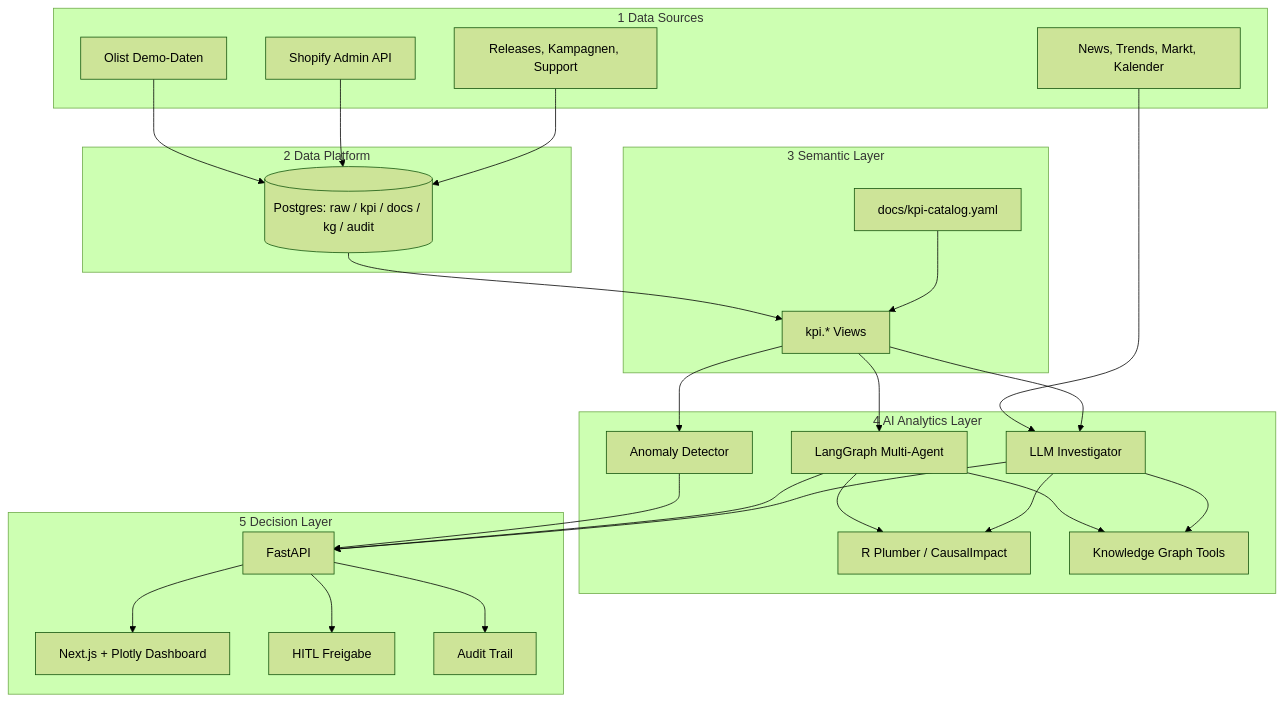
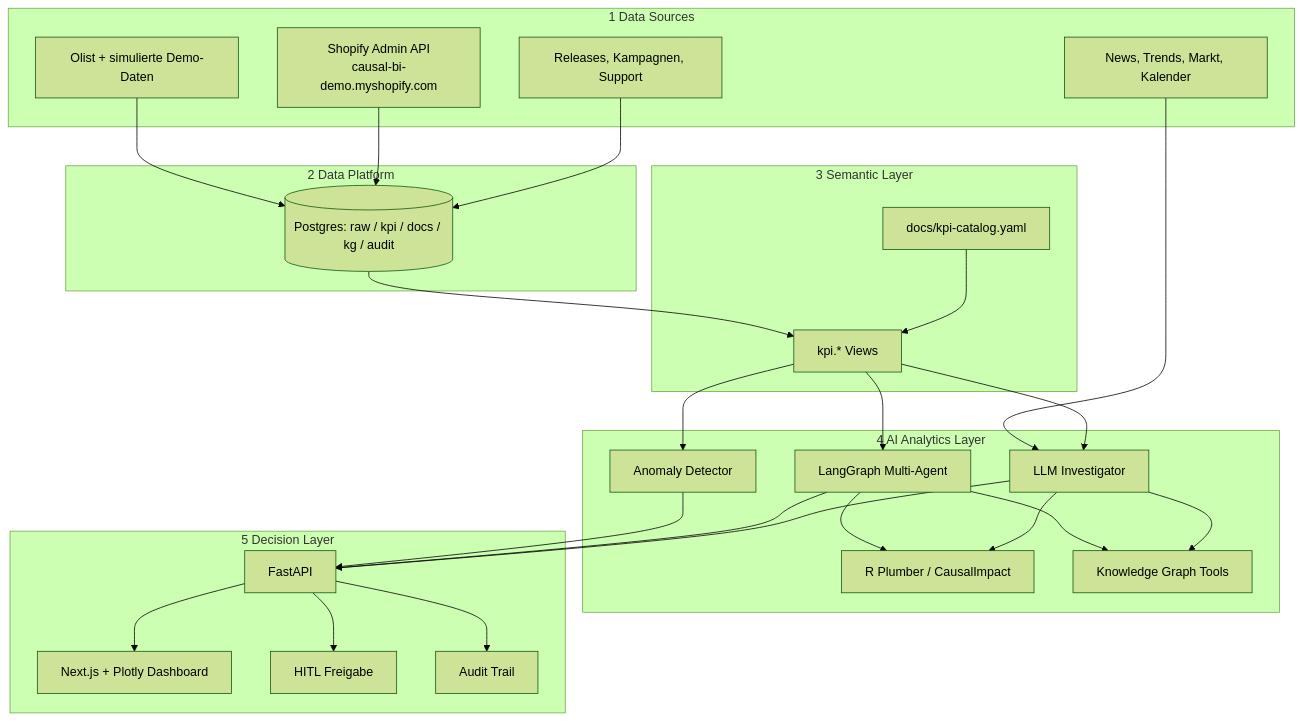
Before and after one commit to clavinci94/casual-bi-agent: the diagram in README.md, drawn with Mermaid (forest theme). The commit also changed other lines of this file and 1 other file, not shown here.

Commit message:
docs: clarify shopify and deployment status

````diff
--- a/README.md
+++ b/README.md
@@ -148,53 +150,53 @@
 ```mermaid
 flowchart TB
     subgraph L1["1 Data Sources"]
-        OLIST["Olist Demo-Daten"]
-        SHOPIFY["Shopify Admin API"]
+        OLIST["Olist + simulierte Demo-Daten"]
+        SHOPIFY["Shopify Admin API<br/>causal-bi-demo.myshopify.com"]
         OPS["Releases, Kampagnen, Support"]
         EXT["News, Trends, Markt, Kalender"]
     end
 
     subgraph L2["2 Data Platform"]
         PG[("Postgres: raw / kpi / docs / kg / audit")]
     end
 
     subgraph L3["3 Semantic Layer"]
         KPI["kpi.* Views"]
         CATALOG["docs/kpi-catalog.yaml"]
     end
 
     subgraph L4["4 AI Analytics Layer"]
         ANOM["Anomaly Detector"]
         GRAPH["LangGraph Multi-Agent"]
         INV["LLM Investigator"]
         R["R Plumber / CausalImpact"]
         KG["Knowledge Graph Tools"]
     end
 
     subgraph L5["5 Decision Layer"]
         API["FastAPI"]
         DASH["Next.js + Plotly Dashboard"]
         HITL["HITL Freigabe"]
         AUDIT["Audit Trail"]
     end
 
     OLIST --> PG
     SHOPIFY --> PG
     OPS --> PG
     EXT --> INV
     PG --> KPI
     CATALOG --> KPI
     KPI --> ANOM
     KPI --> GRAPH
     KPI --> INV
     GRAPH --> R
     INV --> R
     GRAPH --> KG
     INV --> KG
     ANOM --> API
     GRAPH --> API
     INV --> API
     API --> DASH
     API --> HITL
     API --> AUDIT
 ```
````
